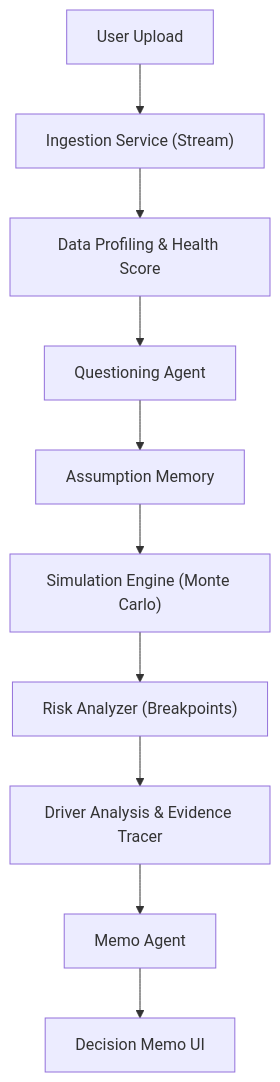
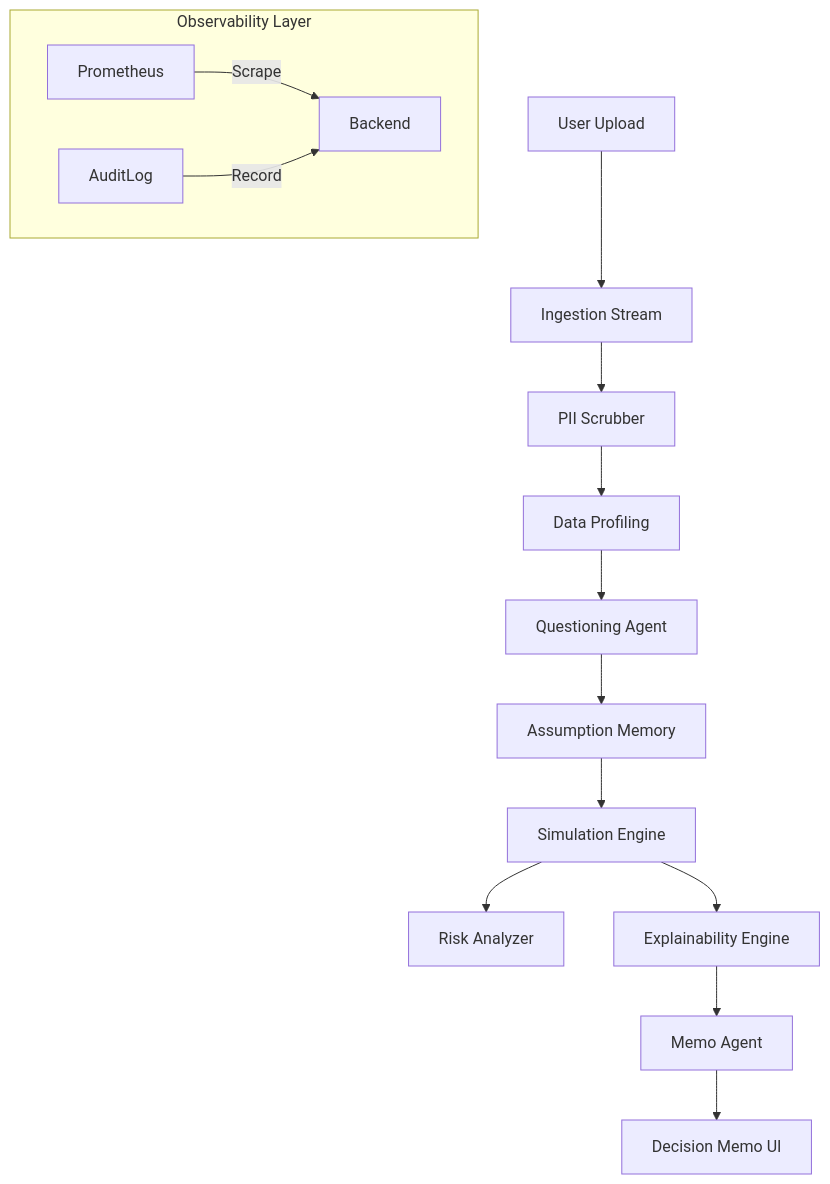
One commit to Lingikaushikreddy/AI-Decision-Copilot- changed the diagram in README.md. Above: the diagram before and after it, drawn with Mermaid. The commit also changed other lines of this file, not shown here.

````diff
--- a/README.md
+++ b/README.md
@@ -47,12 +53,18 @@
 ```mermaid
 graph TD
-    User[User Upload] --> Ingest["Ingestion Service (Stream)"]
-    Ingest --> Profile["Data Profiling & Health Score"]
+    User[User Upload] --> Ingest["Ingestion Stream"]
+    Ingest --> PII["PII Scrubber"]
+    PII --> Profile["Data Profiling"]
     Profile --> QA[Questioning Agent]
     QA --> Context[Assumption Memory]
-    Context --> Sim["Simulation Engine (Monte Carlo)"]
-    Sim --> Risk["Risk Analyzer (Breakpoints)"]
-    Risk --> Explain["Driver Analysis & Evidence Tracer"]
+    Context --> Sim["Simulation Engine"]
+    Sim --> Risk["Risk Analyzer"]
+    Sim --> Explain["Explainability Engine"]
     Explain --> Memo[Memo Agent]
     Memo --> UI[Decision Memo UI]
+    
+    subgraph "Observability Layer"
+        Prometheus --> |Scrape| Backend
+        AuditLog --> |Record| Backend
+    end
 ```
````
